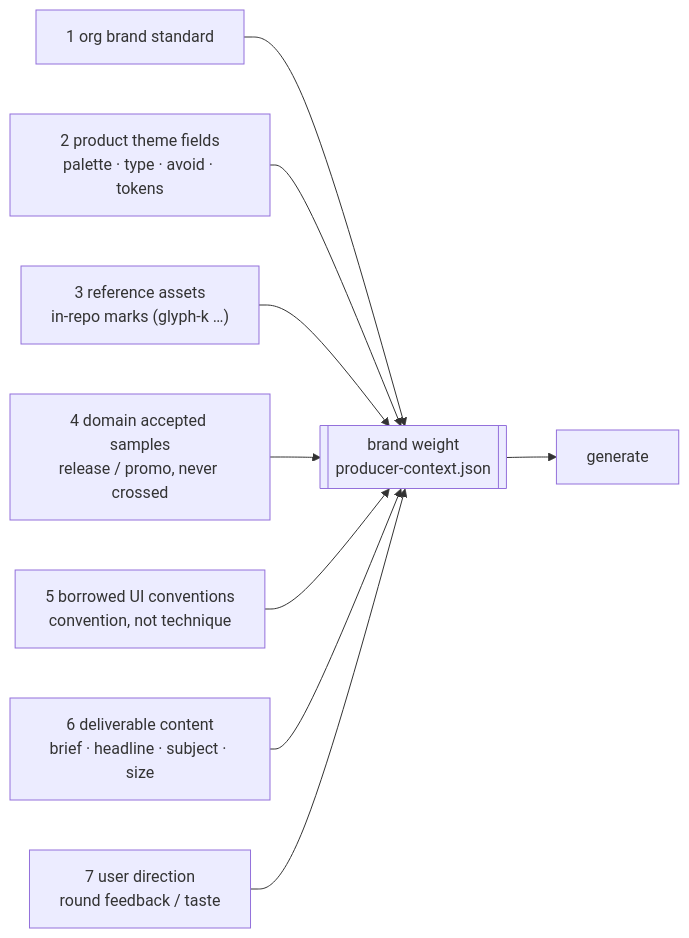
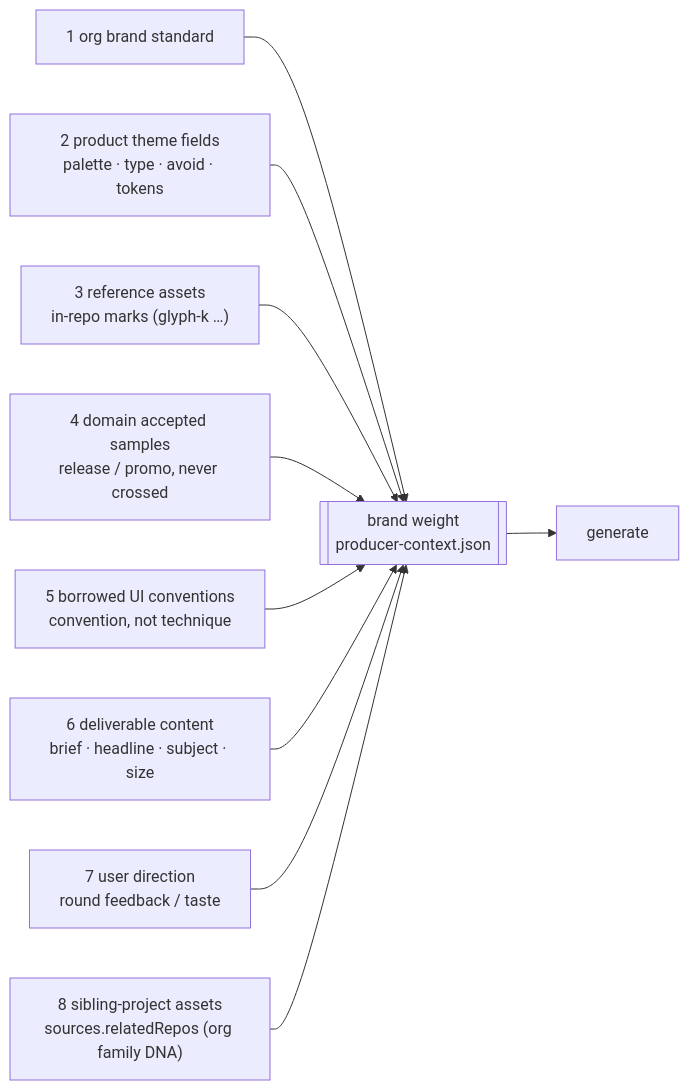
Before and after one commit to CodeFox-Repo/brand-studio-codefox: the second of 2 diagrams in skills/brand-studio/SKILL.md, drawn with Mermaid. The commit also changed other lines of this file and 2 other files, not shown here.

First line of the commit message:
docs: add brand-weight input #8 — sibling-project assets

````diff
--- a/skills/brand-studio/SKILL.md
+++ b/skills/brand-studio/SKILL.md
@@ -466,11 +466,12 @@
 ```mermaid
 flowchart LR
   O["1 org brand standard"] --> W
   T["2 product theme fields<br/>palette · type · avoid · tokens"] --> W
   R["3 reference assets<br/>in-repo marks (glyph-k …)"] --> W
   A["4 domain accepted samples<br/>release / promo, never crossed"] --> W
   C["5 borrowed UI conventions<br/>convention, not technique"] --> W
   D["6 deliverable content<br/>brief · headline · subject · size"] --> W
   U["7 user direction<br/>round feedback / taste"] --> W
+  SB["8 sibling-project assets<br/>sources.relatedRepos (org family DNA)"] --> W
   W[["brand weight<br/>producer-context.json"]] --> G["generate"]
 ```
````
